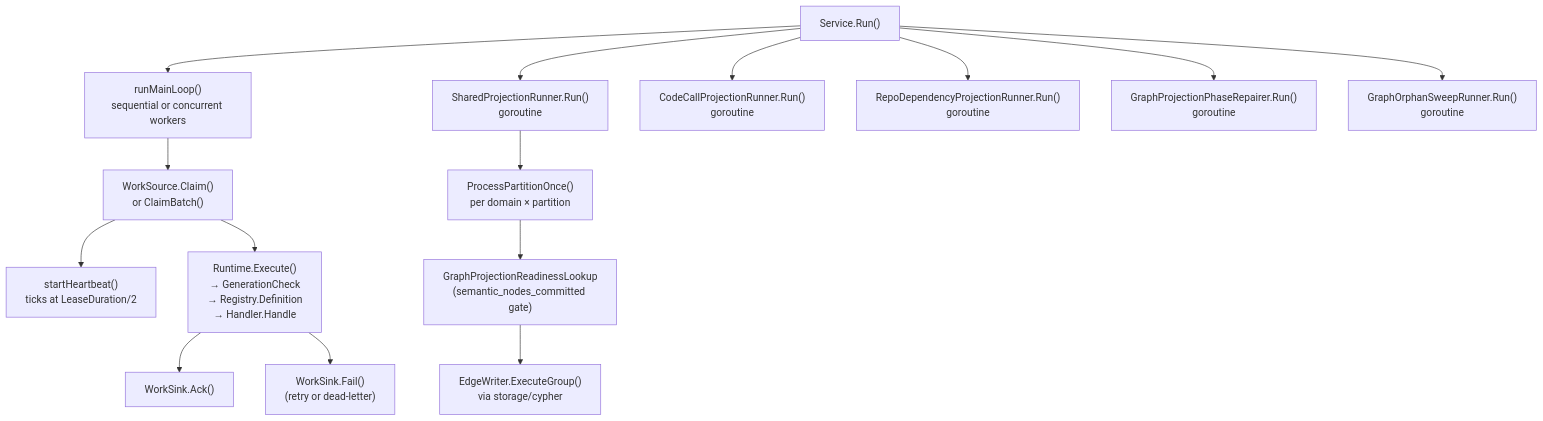
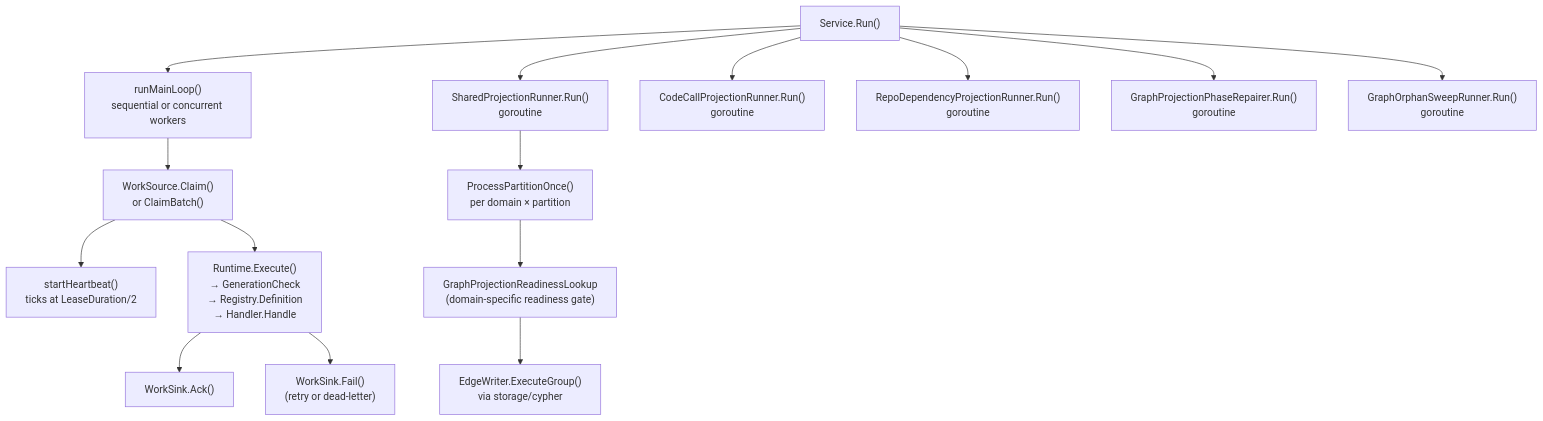
The second of 2 diagrams in go/internal/reducer/README.md (eshu-hq/eshu), drawn with Mermaid before and after one commit. The commit also changed other lines of this file and 1 other file, not shown here.

Commit message:
docs(reducer): clarify SQL readiness gate

````diff
--- a/go/internal/reducer/README.md
+++ b/go/internal/reducer/README.md
@@ -43,17 +43,17 @@
 ```mermaid
 flowchart TB
   Service["Service.Run()"] --> MainLoop["runMainLoop()\nsequential or concurrent workers"]
   MainLoop --> Claim["WorkSource.Claim()\nor ClaimBatch()"]
   Claim --> Heartbeat["startHeartbeat()\nticks at LeaseDuration/2"]
   Claim --> Execute["Runtime.Execute()\n→ GenerationCheck\n→ Registry.Definition\n→ Handler.Handle"]
   Execute --> Ack["WorkSink.Ack()"]
   Execute --> Fail["WorkSink.Fail()\n(retry or dead-letter)"]
   Service --> SPR["SharedProjectionRunner.Run()\ngoroutine"]
   Service --> CCPR["CodeCallProjectionRunner.Run()\ngoroutine"]
   Service --> RDPR["RepoDependencyProjectionRunner.Run()\ngoroutine"]
   Service --> Repair["GraphProjectionPhaseRepairer.Run()\ngoroutine"]
   Service --> Orphans["GraphOrphanSweepRunner.Run()\ngoroutine"]
   SPR --> ProcessPartition["ProcessPartitionOnce()\nper domain × partition"]
-  ProcessPartition --> ReadinessGate["GraphProjectionReadinessLookup\n(semantic_nodes_committed gate)"]
+  ProcessPartition --> ReadinessGate["GraphProjectionReadinessLookup\n(domain-specific readiness gate)"]
   ReadinessGate --> EdgeWriter["EdgeWriter.ExecuteGroup()\nvia storage/cypher"]
 ```
````
